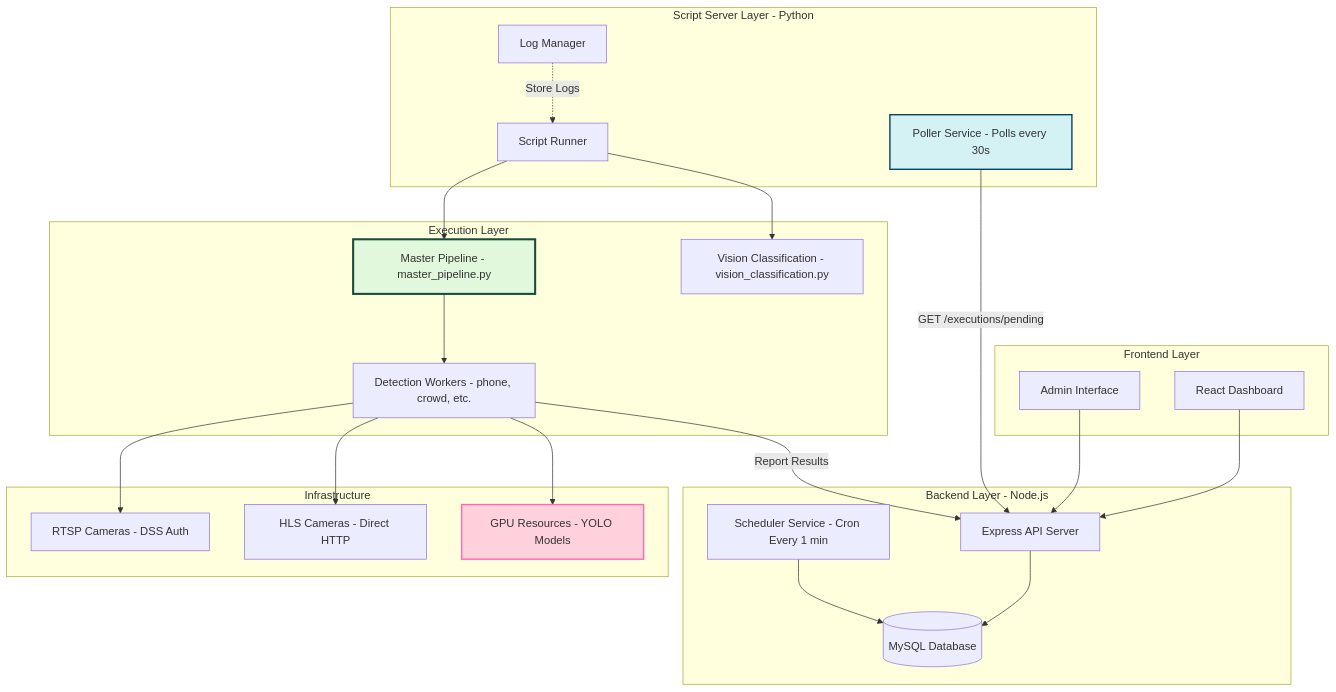
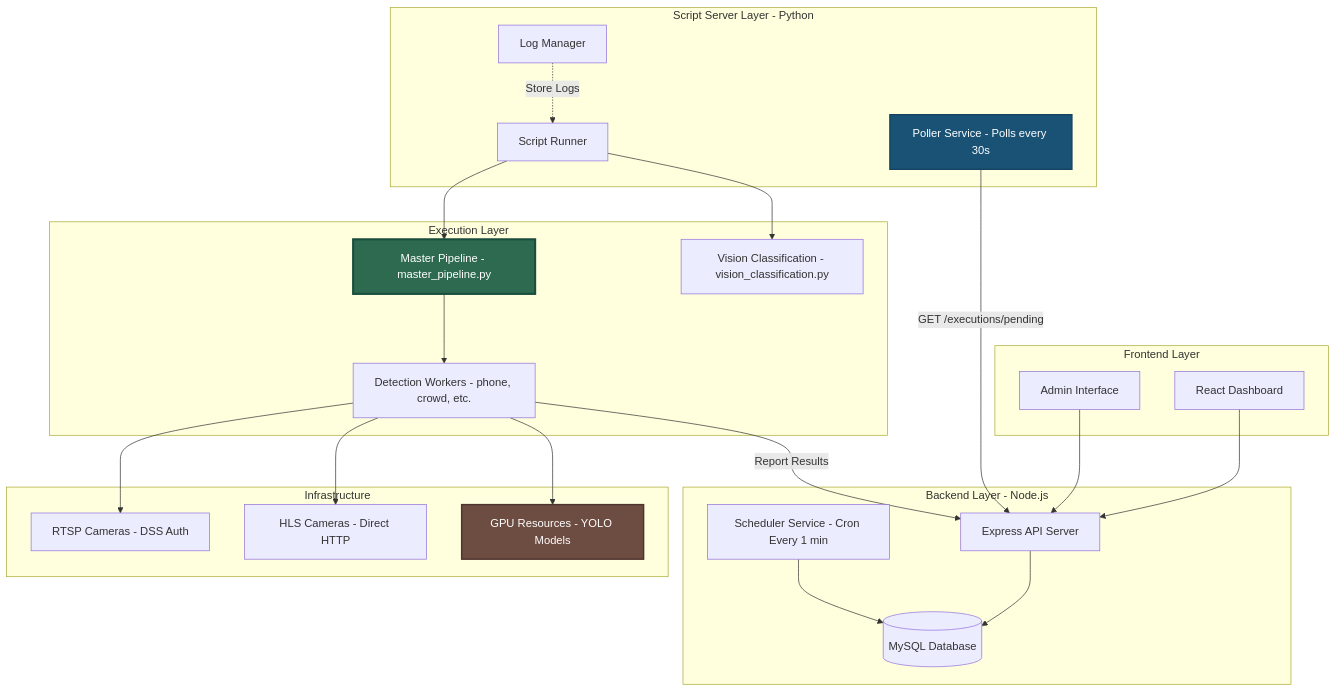
The first of 9 diagrams in complete_workflow_documentation.md (aman-tiwari18/cctv), drawn with Mermaid before and after one commit. The commit also changed other lines of this file, not shown here.

````diff
--- a/complete_workflow_documentation.md
+++ b/complete_workflow_documentation.md
@@ -20,49 +20,49 @@
 ```mermaid
 graph TB
     subgraph Frontend["Frontend Layer"]
         UI[React Dashboard]
         ADMIN[Admin Interface]
     end
     
     subgraph Backend["Backend Layer - Node.js"]
         API[Express API Server]
         SCHED[Scheduler Service - Cron Every 1 min]
         DB[(MySQL Database)]
     end
     
     subgraph ScriptServer["Script Server Layer - Python"]
         POLLER[Poller Service - Polls every 30s]
         RUNNER[Script Runner]
         LOGMGR[Log Manager]
     end
     
     subgraph Execution["Execution Layer"]
         MASTER[Master Pipeline - master_pipeline.py]
         VISION[Vision Classification - vision_classification.py]
         WORKERS[Detection Workers - phone, crowd, etc.]
     end
     
     subgraph Infrastructure["Infrastructure"]
         RTSP[RTSP Cameras - DSS Auth]
         HLS[HLS Cameras - Direct HTTP]
         GPU[GPU Resources - YOLO Models]
     end
     
     UI --> API
     ADMIN --> API
     API --> DB
     SCHED --> DB
     POLLER -->|GET /executions/pending| API
     RUNNER --> MASTER
     RUNNER --> VISION
     MASTER --> WORKERS
     WORKERS --> GPU
     WORKERS --> RTSP
     WORKERS --> HLS
     WORKERS -->|Report Results| API
     LOGMGR -.->|Store Logs| RUNNER
-    
-    style MASTER fill:#e1f8dc,stroke:#1b4d3e,stroke-width:3px
-    style POLLER fill:#d4f1f4,stroke:#05445e,stroke-width:2px
-    style GPU fill:#ffd1dc,stroke:#ff69b4,stroke-width:2px
+
+    style MASTER fill:#2d6a4f,color:#ffffff,stroke:#1b4d3e,stroke-width:3px
+    style POLLER fill:#1a5276,color:#ffffff,stroke:#154360,stroke-width:2px
+    style GPU fill:#6d4c41,color:#ffffff,stroke:#4e342e,stroke-width:2px
 ```
````
